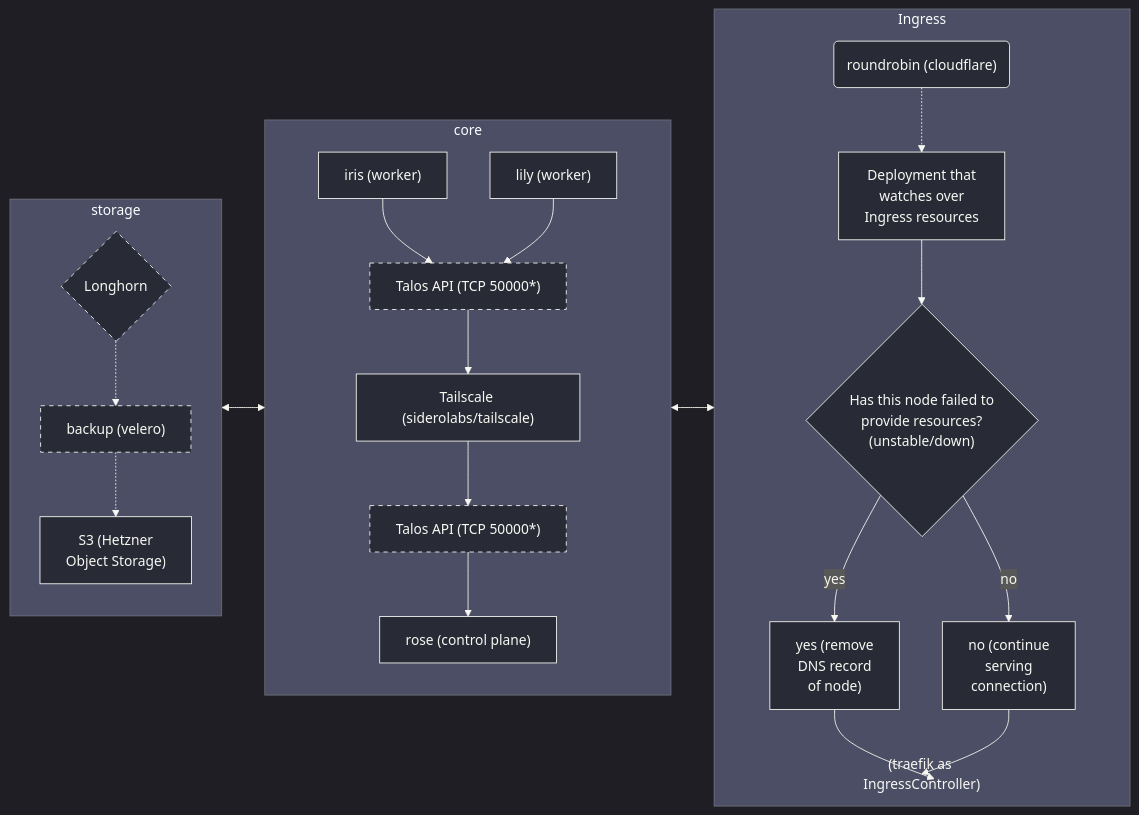
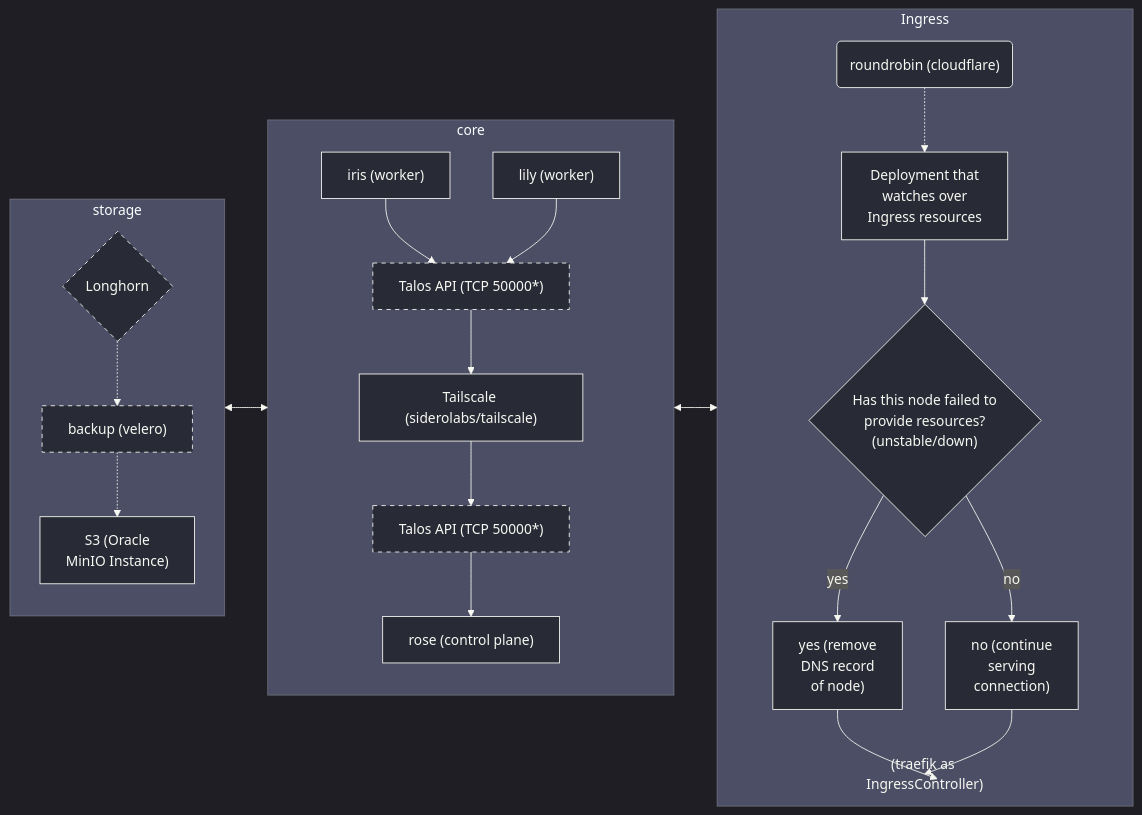
The diagram in README.md (bouquet2/bouquet2), drawn with Mermaid before and after one commit.

````diff
--- a/README.md
+++ b/README.md
@@ -86,60 +86,60 @@
 ```mermaid
 %%{init: {'theme': 'dark', 'themeVariables': {'mainBkg': '#282a36', 'nodeBorder': '#f8f8f2', 'textColor': '#f8f8f2', 'lineColor': '#f8f8f2', 'primaryColor': '#282a36', 'primaryTextColor': '#f8f8f2', 'primaryBorderColor': '#f8f8f2'}}}%%
 graph LR
     classDef dashed stroke-dasharray: 5 5, stroke-width:1px
 
     %% - All nodes run Talos Linux
     %% - Will be multi-cloud
     %% - Will be expandable
     %% - hopefully be reproducible (fingers crossed)
     %% - velero might not happen depends on my wallet idk
 
     subgraph Core [core]
         direction TB
         core_rose["rose (control plane)"]
         core_talos_api_up["Talos API (TCP 50000*)"]:::dashed
         core_tailscale["Tailscale (siderolabs/tailscale)"]
         core_talos_api_down["Talos API (TCP 50000*)"]:::dashed
         core_iris["iris (worker)"]
         core_lily["lily (worker)"]
 
         core_iris --> core_talos_api_down
         core_lily --> core_talos_api_down
         core_talos_api_down --> core_tailscale
         core_tailscale --> core_talos_api_up
         core_talos_api_up --> core_rose
     end
 
     subgraph Storage [storage]
         direction TB
         storage_openebs{"Longhorn"}:::dashed
         storage_velero["backup (velero)"]:::dashed
-        storage_s3["S3 (Hetzner<br>Object Storage)"]
+        storage_s3["S3 (Oracle<br>MinIO Instance)"]
 
         storage_openebs -.-> storage_velero
         storage_velero -.-> storage_s3
     end
 
     subgraph Ingress
         direction TB
         ingress_rr("roundrobin (cloudflare)")
         ingress_watcher["Deployment that<br>watches over<br>Ingress resources"]
         ingress_check{"Has this node failed to<br>provide resources?<br>(unstable/down)"}
         ingress_yes["yes (remove<br>DNS record<br>of node)"]
         ingress_no["no (continue<br>serving<br>connection)"]
         ingress_note(["(traefik as IngressController)"])
         style ingress_note fill:none,stroke:none,color:#aaa %% Make note less prominent
 
         ingress_rr -.-> ingress_watcher
         ingress_watcher --> ingress_check
         ingress_check -- yes --> ingress_yes
         ingress_check -- no --> ingress_no
         %% Place note loosely after decision
         ingress_yes --> ingress_note
         ingress_no --> ingress_note
     end
 
     %% Connections between subgraphs
     Storage <--> Core
     Core <--> Ingress
 ```
````
